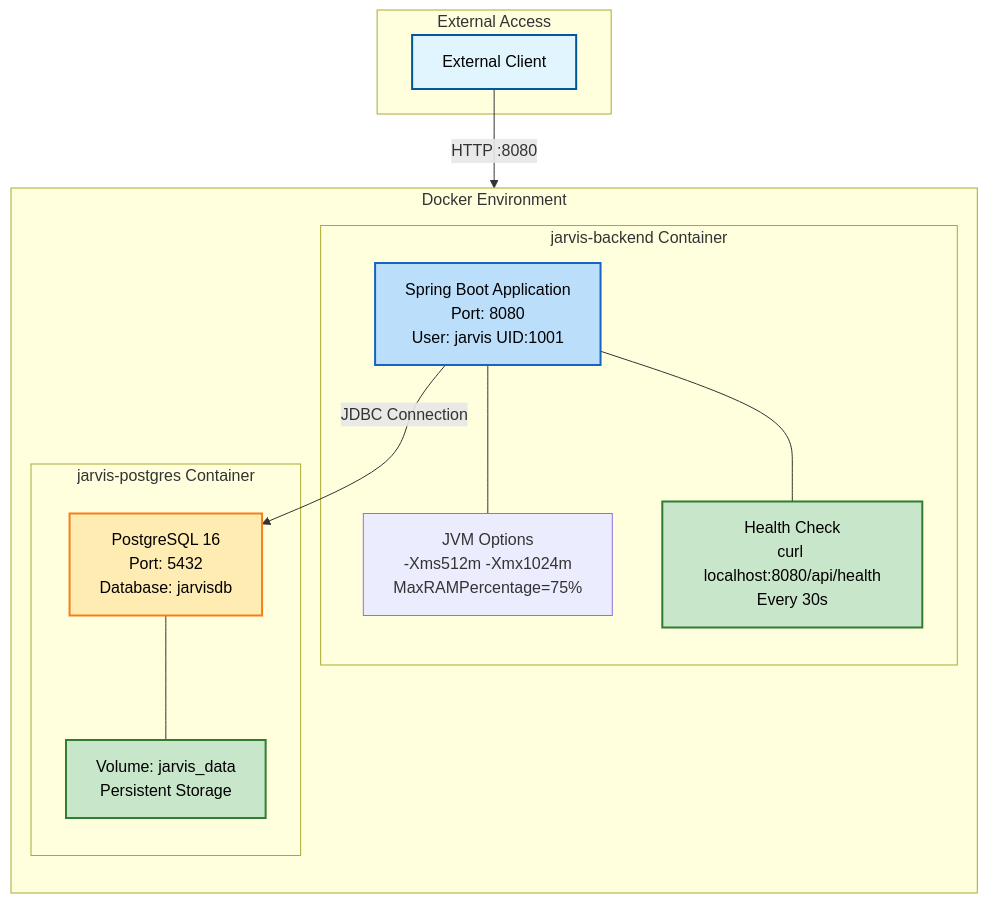
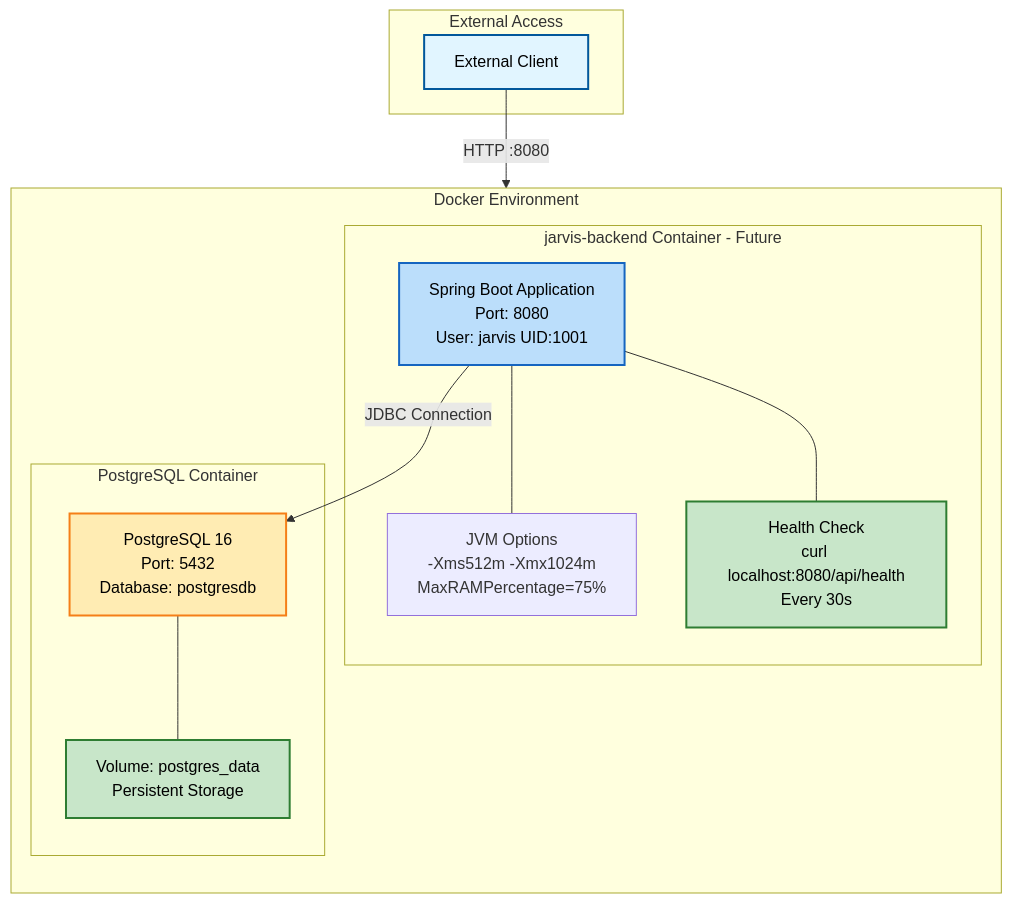
The ninth of 10 diagrams in SYSTEM_DESIGN.md (rogerbertan/jarvis-backend), drawn with Mermaid before and after one commit. The commit also changed other lines of this file and 1 other file, not shown here.

Commit message:
feat: update the system design mermaid

````diff
--- a/SYSTEM_DESIGN.md
+++ b/SYSTEM_DESIGN.md
@@ -415,36 +377,36 @@
 ```mermaid
 graph TB
     subgraph "Docker Environment"
         direction TB
 
-        subgraph "jarvis-backend Container"
+        subgraph "jarvis-backend Container - Future"
             APP[Spring Boot Application<br/>Port: 8080<br/>User: jarvis UID:1001]
             JVM[JVM Options<br/>-Xms512m -Xmx1024m<br/>MaxRAMPercentage=75%]
             HC_CHECK[Health Check<br/>curl localhost:8080/api/health<br/>Every 30s]
 
             APP --- JVM
             APP --- HC_CHECK
         end
 
-        subgraph "jarvis-postgres Container"
-            PG[PostgreSQL 16<br/>Port: 5432<br/>Database: jarvisdb]
-            VOL[Volume: jarvis_data<br/>Persistent Storage]
+        subgraph "PostgreSQL Container"
+            PG[PostgreSQL 16<br/>Port: 5432<br/>Database: postgresdb]
+            VOL[Volume: postgres_data<br/>Persistent Storage]
 
             PG --- VOL
         end
 
         APP -->|JDBC Connection| PG
     end
 
     subgraph "External Access"
         CLIENT[External Client]
     end
 
     CLIENT -->|HTTP :8080| APP
 
     style APP fill:#bbdefb,stroke:#1565c0,stroke-width:2px,color:#000
     style PG fill:#ffecb3,stroke:#f57f17,stroke-width:2px,color:#000
     style VOL fill:#c8e6c9,stroke:#2e7d32,stroke-width:2px,color:#000
     style CLIENT fill:#e1f5ff,stroke:#01579b,stroke-width:2px,color:#000
     style HC_CHECK fill:#c8e6c9,stroke:#2e7d32,stroke-width:2px,color:#000
 ```
````
